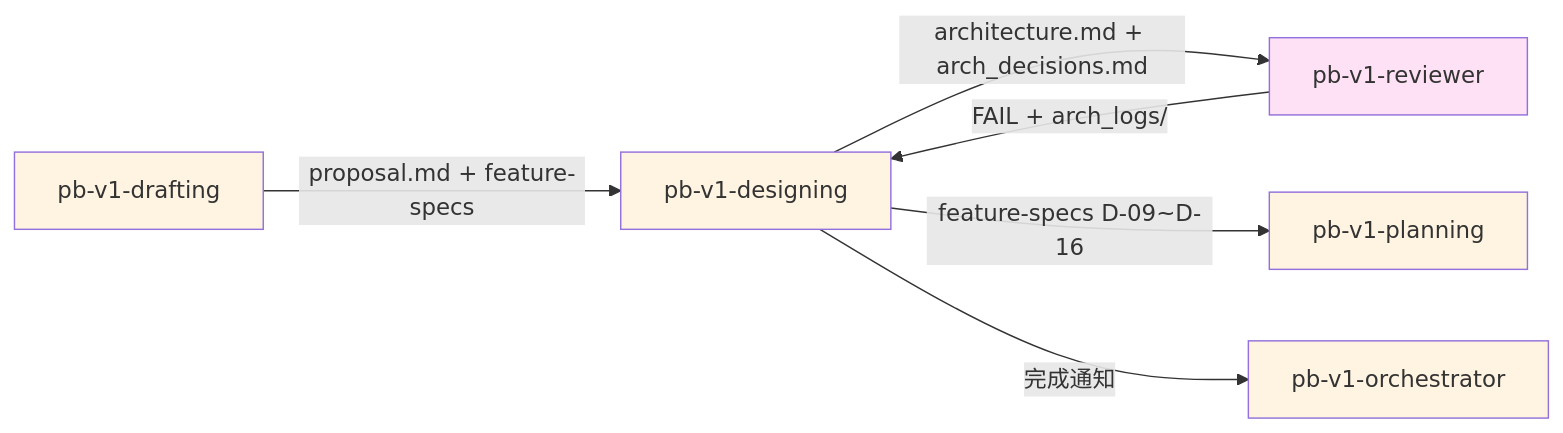
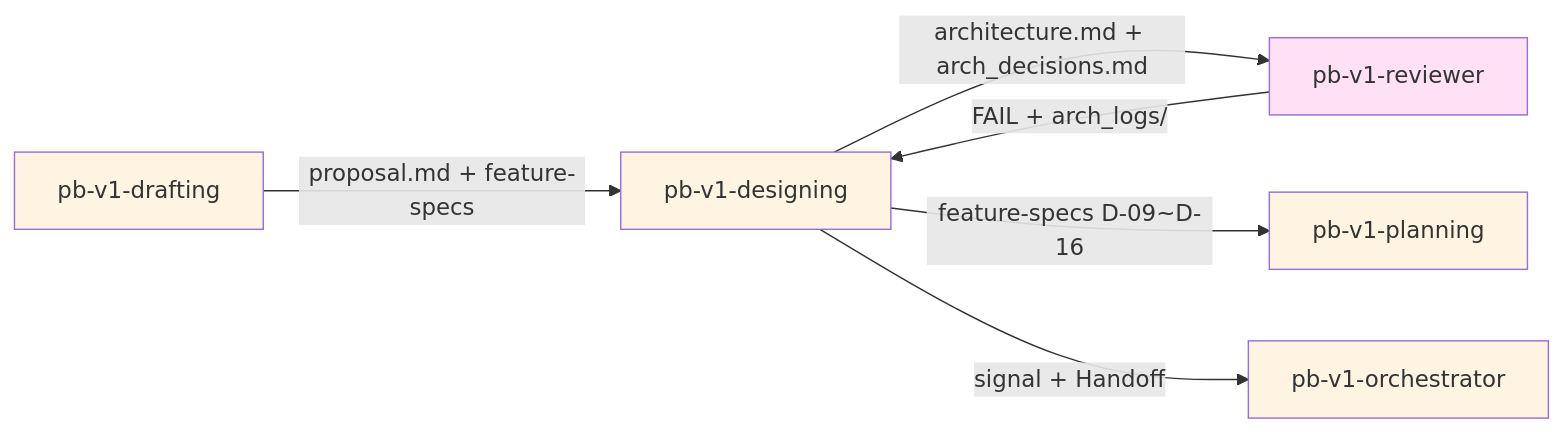
Before and after one commit to chenchiyuan/powerby-skills: the fourth of 4 diagrams in skills/pb-v1-designing/SKILL.md, drawn with Mermaid. The commit also changed other lines of this file and 58 other files, not shown here.

````diff
--- a/skills/pb-v1-designing/SKILL.md
+++ b/skills/pb-v1-designing/SKILL.md
@@ -788,14 +739,14 @@
 ```mermaid
 graph LR
     DRA[pb-v1-drafting] -->|proposal.md + feature-specs| DES[pb-v1-designing]
     DES -->|architecture.md + arch_decisions.md| REV[pb-v1-reviewer]
     REV -->|FAIL + arch_logs/| DES
     DES -->|feature-specs D-09~D-16| PLA[pb-v1-planning]
-    DES -->|完成通知| ORC[pb-v1-orchestrator]
+    DES -->|signal + Handoff| ORC[pb-v1-orchestrator]
     
     style DES fill:#fff4e1
     style DRA fill:#fff4e1
     style REV fill:#ffe1f5
     style PLA fill:#fff4e1
     style ORC fill:#fff4e1
 ```
````
